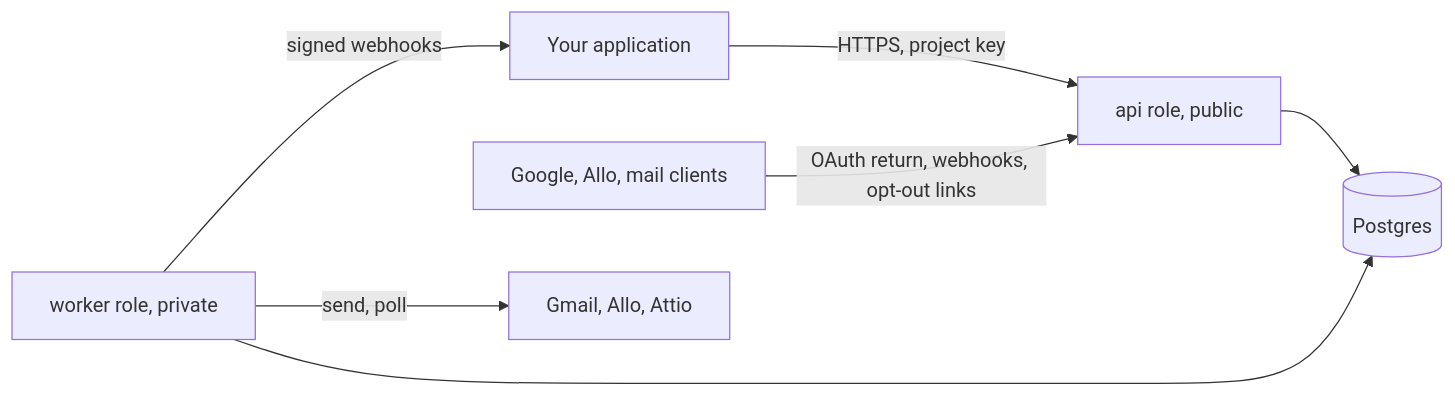
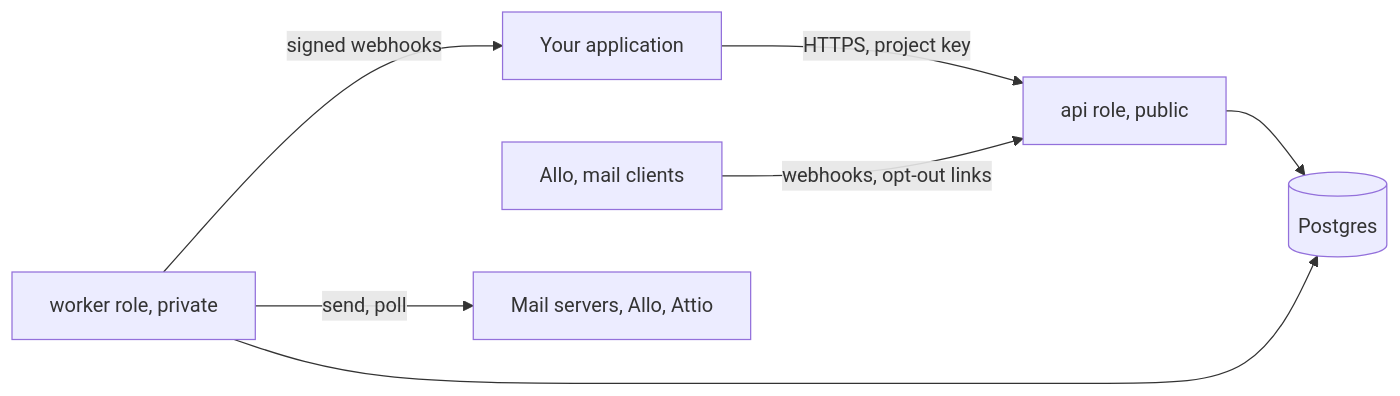
Before and after one commit to lguerberg/open-sequence: the diagram in packages/docs/content/docs/docs/self-hosting/install.mdx, drawn with Mermaid. The commit also changed other lines of this file and 140 other files, not shown here.

First line of the commit message:
Remove Gmail and Google OAuth: email is SMTP and IMAP only

````diff
--- a/packages/docs/content/docs/docs/self-hosting/install.mdx
+++ b/packages/docs/content/docs/docs/self-hosting/install.mdx
@@ -8,9 +8,9 @@
 ```mermaid
 flowchart LR
   APP["Your application"] -->|HTTPS, project key| API["api role, public"]
-  EXT["Google, Allo, mail clients"] -->|OAuth return, webhooks, opt-out links| API
+  EXT["Allo, mail clients"] -->|webhooks, opt-out links| API
   API --> PG[("Postgres")]
   W["worker role, private"] --> PG
-  W -->|send, poll| P["Gmail, Allo, Attio"]
+  W -->|send, poll| P["Mail servers, Allo, Attio"]
   W -->|signed webhooks| APP
 ```
````
